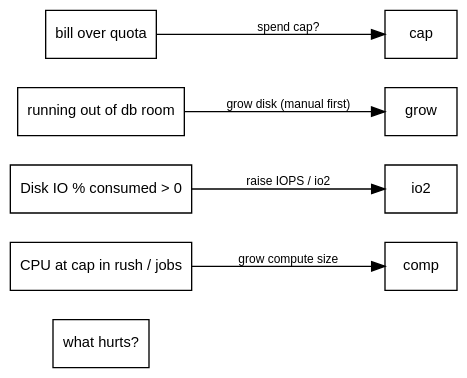
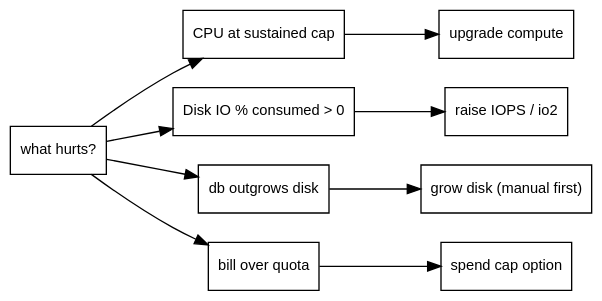
The diagram in src/content/docs/reference/supabase-compute-disk.mdx (erfianugrah/lexicanum), drawn with Graphviz before and after one commit. The commit also changed other lines of this file, not shown here.

Commit message:
docs(compute-disk): fix decision diagram + inline lab links

````diff
--- a/src/content/docs/reference/supabase-compute-disk.mdx
+++ b/src/content/docs/reference/supabase-compute-disk.mdx
@@ -42,17 +42,25 @@
 ```dot
 digraph {
   rankdir=LR; bgcolor="transparent"; nodesep=0.3; ranksep=0.7;
   fontname="Helvetica,Arial,sans-serif";
   node [fontname="Helvetica,Arial,sans-serif", fontsize=11, shape=box];
   edge [fontname="Helvetica,Arial,sans-serif", fontsize=9];
-  symptom [label="what hurts?"];
-  cpu [label="CPU at cap in rush / jobs"];
+  root [label="what hurts?"];
+  cpu [label="CPU at sustained cap"];
   io [label="Disk IO % consumed > 0"];
-  size [label="running out of db room"];
-  cost [label="bill over quota"];
-  cpu -> comp [label="grow compute size"];
-  io -> io2 [label="raise IOPS / io2"];
-  size -> grow [label="grow disk (manual first)"];
-  cost -> cap [label="spend cap?"];
+  room [label="db outgrows disk"];
+  bill [label="bill over quota"];
+  comp [label="upgrade compute"];
+  raiseio [label="raise IOPS / io2"];
+  grow [label="grow disk (manual first)"];
+  cap [label="spend cap option"];
+  root -> cpu;
+  root -> io;
+  root -> room;
+  root -> bill;
+  cpu -> comp;
+  io -> raiseio;
+  room -> grow;
+  bill -> cap;
 }
 ```
````
